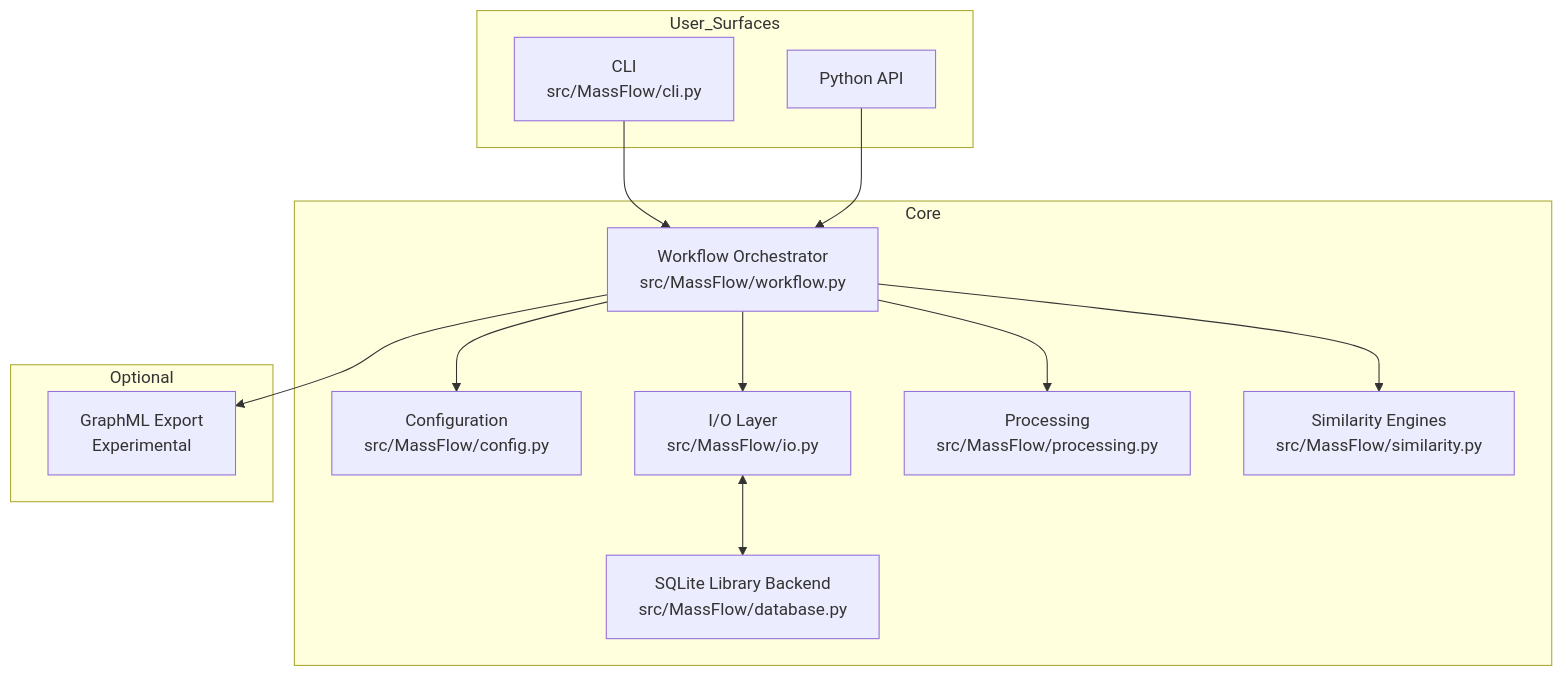
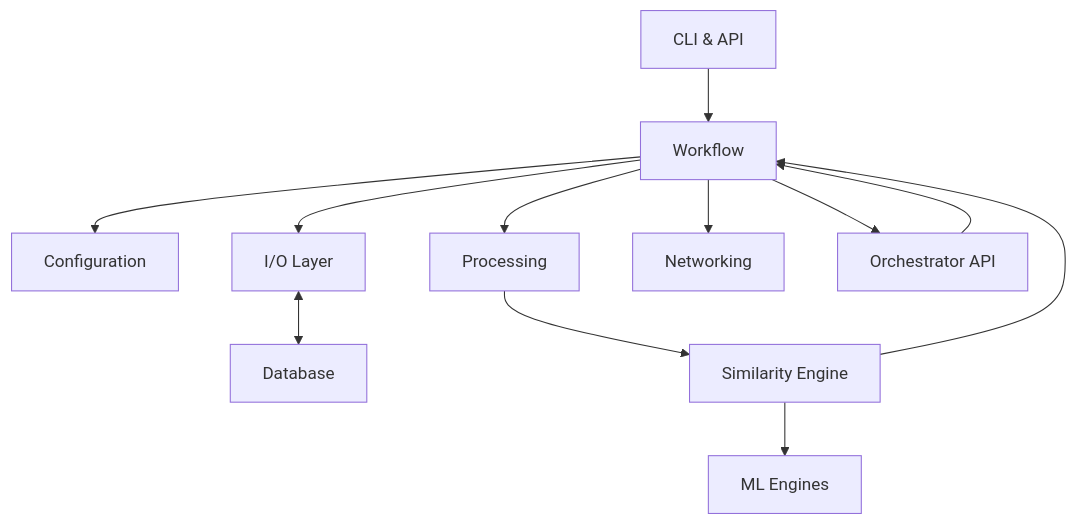
One commit to janusson/MassFlow changed the second of 3 diagrams in ARCHITECTURE.md. Above: the diagram before and after it, drawn with Mermaid. The commit also changed other lines of this file and 69 other files, not shown here.

````diff
--- a/ARCHITECTURE.md
+++ b/ARCHITECTURE.md
@@ -100,31 +126,14 @@
 ```mermaid
 graph TD
-    subgraph User_Surfaces
-        CLI["CLI<br/>src/MassFlow/cli.py"]
-        API["Python API"]
-    end
-
-    subgraph Core
-        CONFIG["Configuration<br/>src/MassFlow/config.py"]
-        WORKFLOW["Workflow Orchestrator<br/>src/MassFlow/workflow.py"]
-        IO["I/O Layer<br/>src/MassFlow/io.py"]
-        PROCESS["Processing<br/>src/MassFlow/processing.py"]
-        SIM["Similarity Engines<br/>src/MassFlow/similarity.py"]
-        DB["SQLite Library Backend<br/>src/MassFlow/database.py"]
-    end
-
-    subgraph Optional
-        NETWORK["GraphML Export<br/>Experimental"]
-    end
-
-    CLI --> WORKFLOW
-    API --> WORKFLOW
-
-    WORKFLOW --> CONFIG
-    WORKFLOW --> IO
-    WORKFLOW --> PROCESS
-    WORKFLOW --> SIM
-    WORKFLOW --> NETWORK
-
-    IO <--> DB
+    CLI[CLI & API] --> WORKFLOW[Workflow]
+    WORKFLOW --> CONFIG[Configuration]
+    WORKFLOW --> IO[I/O Layer]
+    IO <--> DB[Database]
+    WORKFLOW --> PROCESS[Processing]
+    PROCESS --> SIM[Similarity Engine]
+    SIM --> WORKFLOW
+    SIM --> ML[ML Engines]
+    WORKFLOW --> NET[Networking]
+    WORKFLOW --> ORCH[Orchestrator API]
+    ORCH --> WORKFLOW
 ```
````
